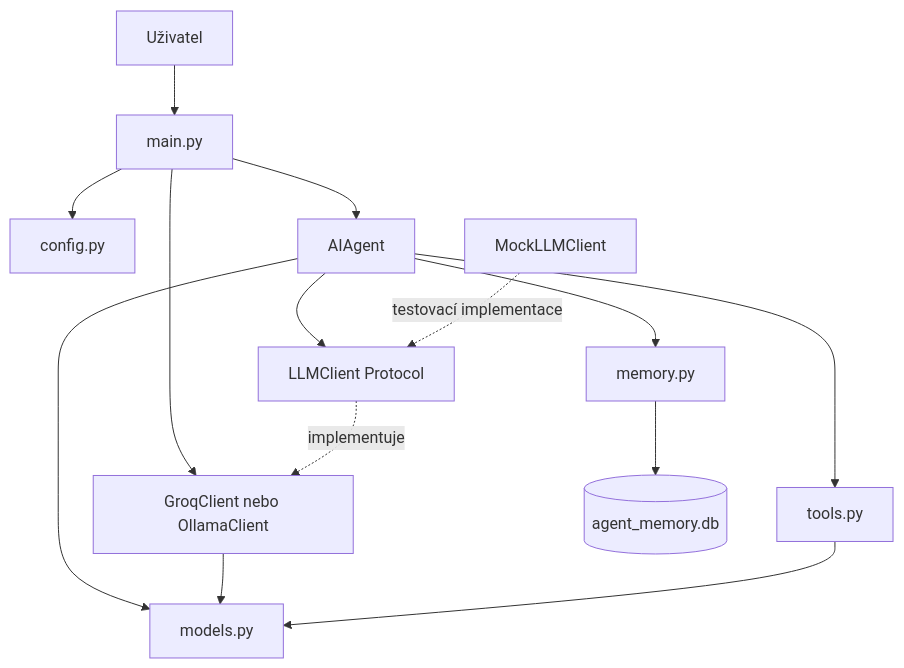
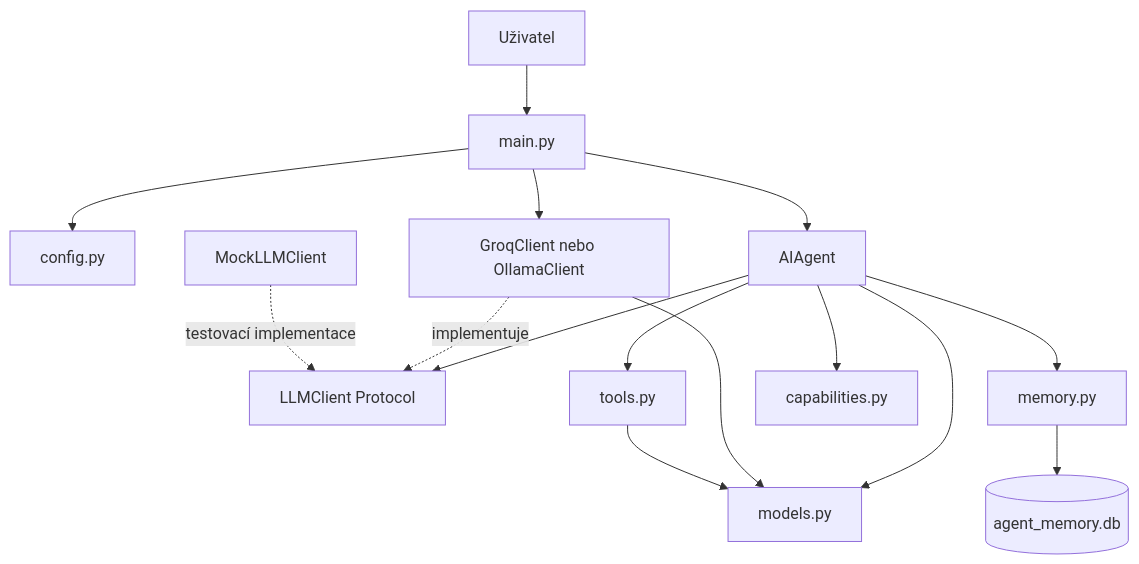
One commit to Hmyzaak/dark-spooky-superstition changed the first of 2 diagrams in ARCHITECTURE.md. Above: the diagram before and after it, drawn with Mermaid. The commit also changed other lines of this file and 2 other files, not shown here.

````diff
--- a/ARCHITECTURE.md
+++ b/ARCHITECTURE.md
@@ -38,16 +37,17 @@
 ```mermaid
 flowchart TD
     U[Uživatel] --> M[main.py]
     M --> C[config.py]
     M --> A[AIAgent]
     M --> G[GroqClient nebo OllamaClient]
     A --> P[LLMClient Protocol]
-    P -. implementuje .-> G
+    G -. implementuje .-> P
     A --> D[models.py]
     A --> T[tools.py]
     A --> H[memory.py]
+    A --> K[capabilities.py]
     G --> D
     T --> D
     H --> DB[(agent_memory.db)]
     X[MockLLMClient] -. testovací implementace .-> P
 ```
````
